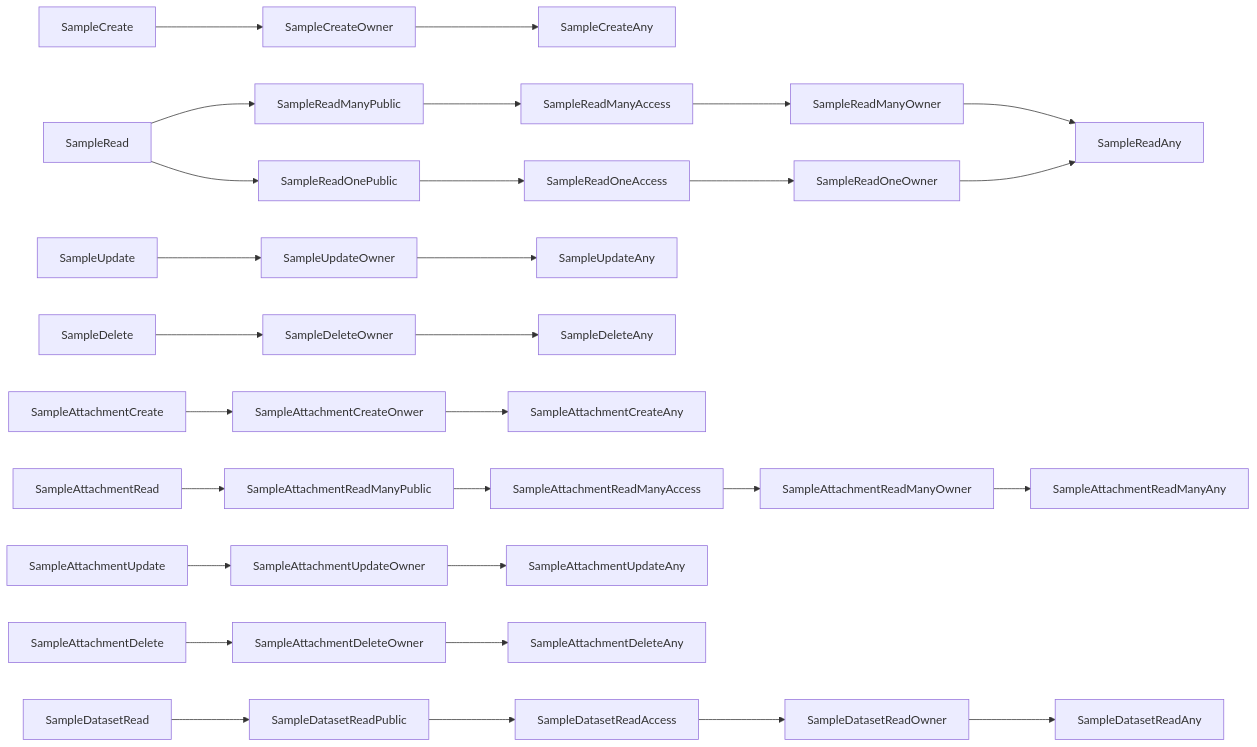
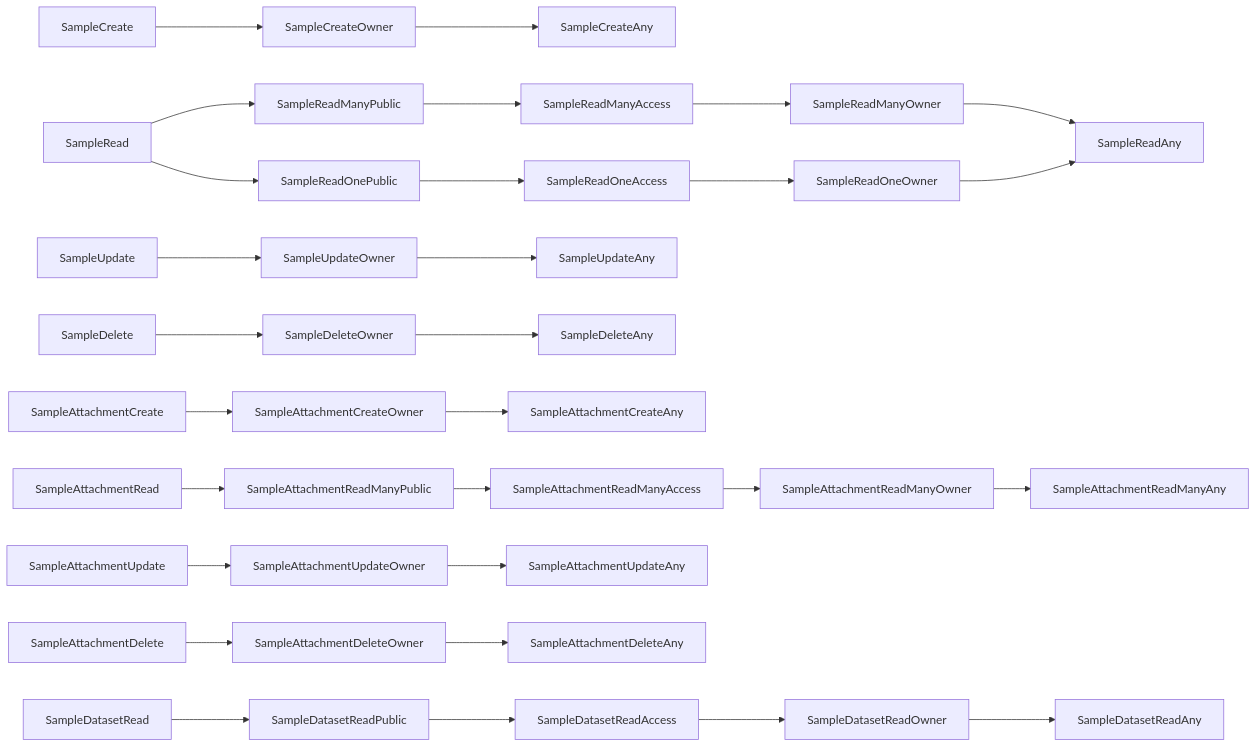
Before and after one commit to SciCatProject/documentation: the diagram in Development/v4.x/backend/authorization/authorization_samples.md, drawn with Mermaid. The commit also changed other lines of this file and 1 other file, not shown here.

````diff
--- a/Development/v4.x/backend/authorization/authorization_samples.md
+++ b/Development/v4.x/backend/authorization/authorization_samples.md
@@ -46,31 +46,31 @@
 ```mermaid
 graph LR;
     SampleCreate-->SampleCreateOwner;
     SampleCreateOwner-->SampleCreateAny;
     SampleRead-->SampleReadManyPublic;
     SampleReadManyPublic-->SampleReadManyAccess;
     SampleReadManyAccess-->SampleReadManyOwner;
     SampleReadManyOwner-->SampleReadAny;
     SampleRead-->SampleReadOnePublic;
     SampleReadOnePublic-->SampleReadOneAccess;
     SampleReadOneAccess-->SampleReadOneOwner;
     SampleReadOneOwner-->SampleReadAny;
     SampleUpdate-->SampleUpdateOwner;
     SampleUpdateOwner-->SampleUpdateAny;
     SampleDelete-->SampleDeleteOwner;
     SampleDeleteOwner-->SampleDeleteAny;
-    SampleAttachmentCreate-->SampleAttachmentCreateOnwer;
-    SampleAttachmentCreateOnwer-->SampleAttachmentCreateAny;
+    SampleAttachmentCreate-->SampleAttachmentCreateOwner;
+    SampleAttachmentCreateOwner-->SampleAttachmentCreateAny;
     SampleAttachmentRead-->SampleAttachmentReadManyPublic;
     SampleAttachmentReadManyPublic-->SampleAttachmentReadManyAccess;
     SampleAttachmentReadManyAccess-->SampleAttachmentReadManyOwner;
     SampleAttachmentReadManyOwner-->SampleAttachmentReadManyAny;
     SampleAttachmentUpdate-->SampleAttachmentUpdateOwner;
     SampleAttachmentUpdateOwner-->SampleAttachmentUpdateAny;
     SampleAttachmentDelete-->SampleAttachmentDeleteOwner;
     SampleAttachmentDeleteOwner-->SampleAttachmentDeleteAny;
     SampleDatasetRead-->SampleDatasetReadPublic;
     SampleDatasetReadPublic-->SampleDatasetReadAccess;
     SampleDatasetReadAccess-->SampleDatasetReadOwner;
     SampleDatasetReadOwner-->SampleDatasetReadAny;
 ```
````
